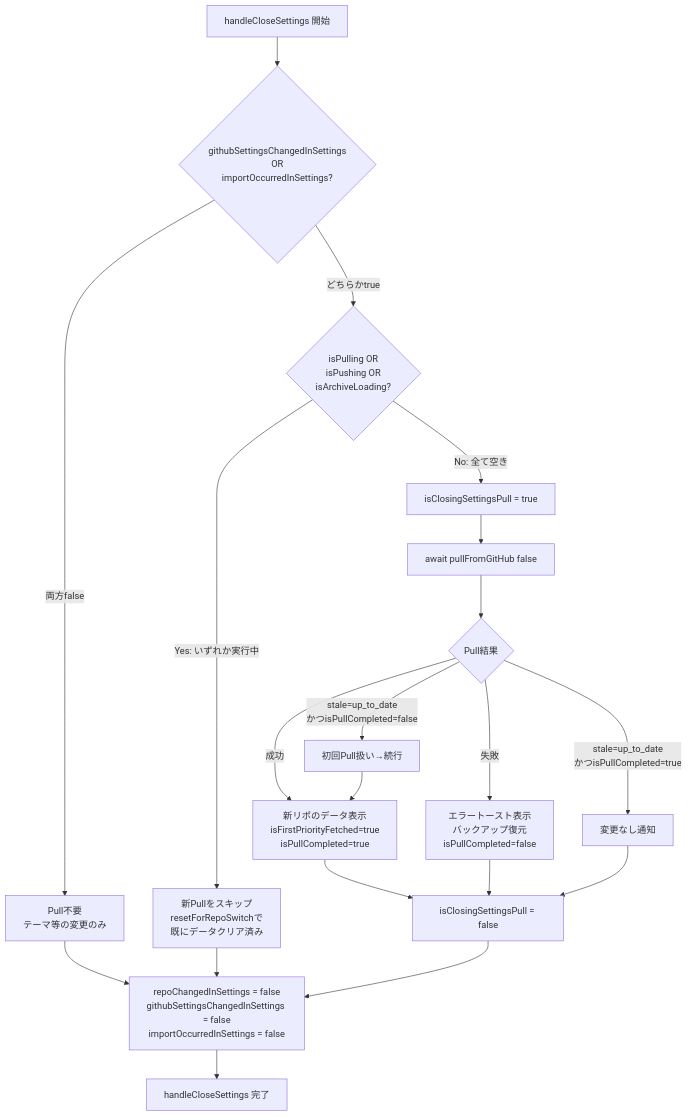
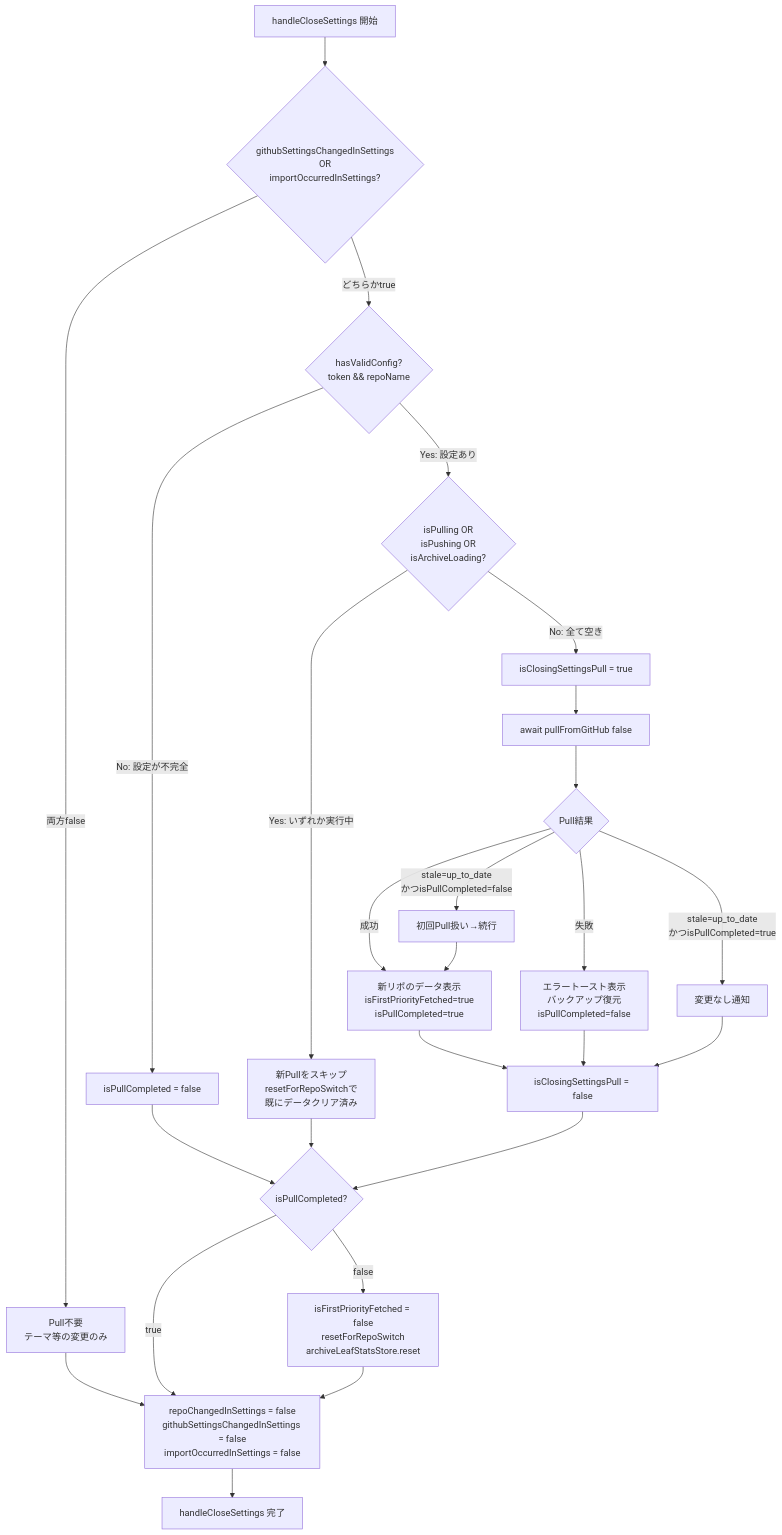
The fifth of 6 diagrams in docs/development/sync/push-pull.md (kako-jun/agasteer), drawn with Mermaid before and after one commit. The commit also changed other lines of this file, not shown here.

````diff
--- a/docs/development/sync/push-pull.md
+++ b/docs/development/sync/push-pull.md
@@ -771,29 +777,39 @@
 ```mermaid
 flowchart TD
     Start[handleCloseSettings 開始] --> CheckFlags{githubSettingsChangedInSettings<br/>OR<br/>importOccurredInSettings?}
 
     CheckFlags -->|両方false| SkipPull[Pull不要<br/>テーマ等の変更のみ]
     SkipPull --> ClearFlags
 
-    CheckFlags -->|どちらかtrue| CheckSync{isPulling OR<br/>isPushing OR<br/>isArchiveLoading?}
+    CheckFlags -->|どちらかtrue| CheckValid{hasValidConfig?<br/>token && repoName}
+
+    CheckValid -->|No: 設定が不完全| SetNotCompleted[isPullCompleted = false]
+    SetNotCompleted --> CheckReset
+
+    CheckValid -->|Yes: 設定あり| CheckSync{isPulling OR<br/>isPushing OR<br/>isArchiveLoading?}
 
     CheckSync -->|Yes: いずれか実行中| SkipSafe[新Pullをスキップ<br/>resetForRepoSwitchで<br/>既にデータクリア済み]
-    SkipSafe --> ClearFlags
+    SkipSafe --> CheckReset
 
     CheckSync -->|No: 全て空き| SetClosing[isClosingSettingsPull = true]
     SetClosing --> Pull[await pullFromGitHub false]
 
     Pull --> PullResult{Pull結果}
     PullResult -->|成功| NewData[新リポのデータ表示<br/>isFirstPriorityFetched=true<br/>isPullCompleted=true]
     PullResult -->|失敗| ErrorHandle[エラートースト表示<br/>バックアップ復元<br/>isPullCompleted=false]
     PullResult -->|stale=up_to_date<br/>かつisPullCompleted=true| NoChange[変更なし通知]
     PullResult -->|stale=up_to_date<br/>かつisPullCompleted=false| Continue[初回Pull扱い→続行]
     Continue --> NewData
 
     NewData --> ResetClosing[isClosingSettingsPull = false]
     ErrorHandle --> ResetClosing
     NoChange --> ResetClosing
 
-    ResetClosing --> ClearFlags[repoChangedInSettings = false<br/>githubSettingsChangedInSettings = false<br/>importOccurredInSettings = false]
+    ResetClosing --> CheckReset{isPullCompleted?}
+
+    CheckReset -->|false| Reset[isFirstPriorityFetched = false<br/>resetForRepoSwitch<br/>archiveLeafStatsStore.reset]
+    CheckReset -->|true| ClearFlags
+
+    Reset --> ClearFlags[repoChangedInSettings = false<br/>githubSettingsChangedInSettings = false<br/>importOccurredInSettings = false]
     ClearFlags --> End[handleCloseSettings 完了]
 ```
````
